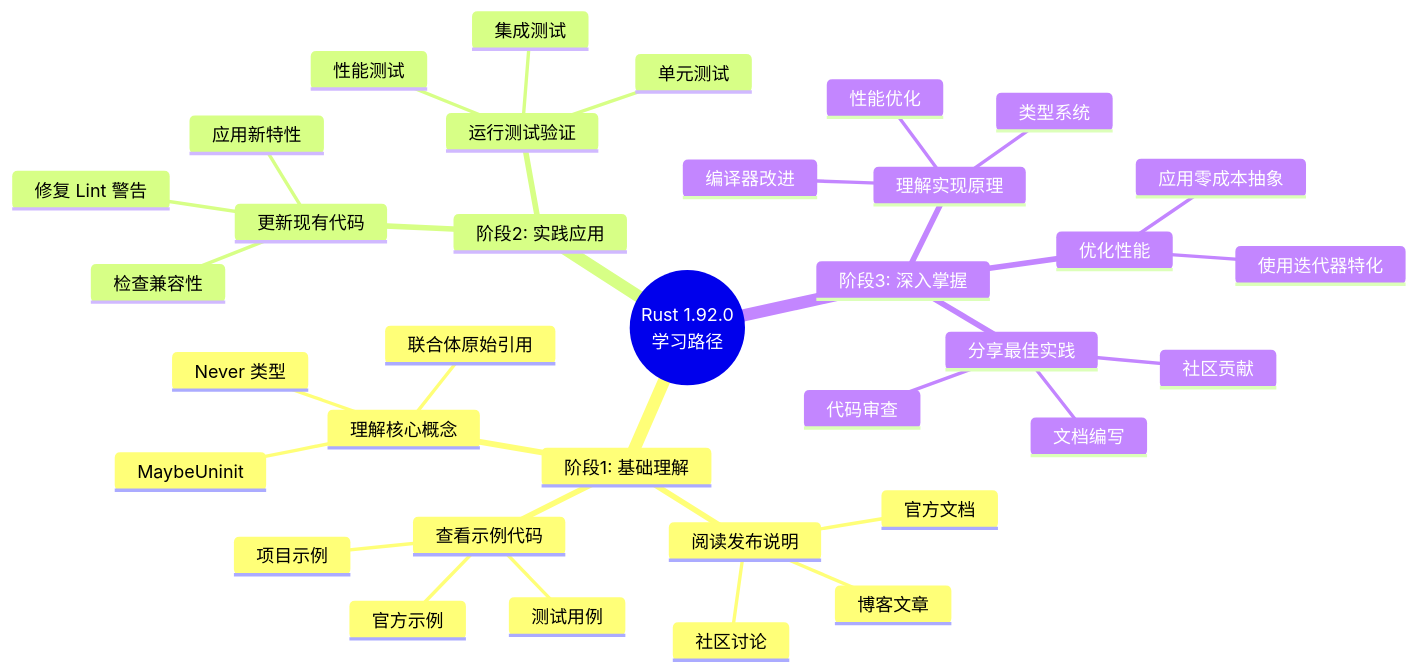
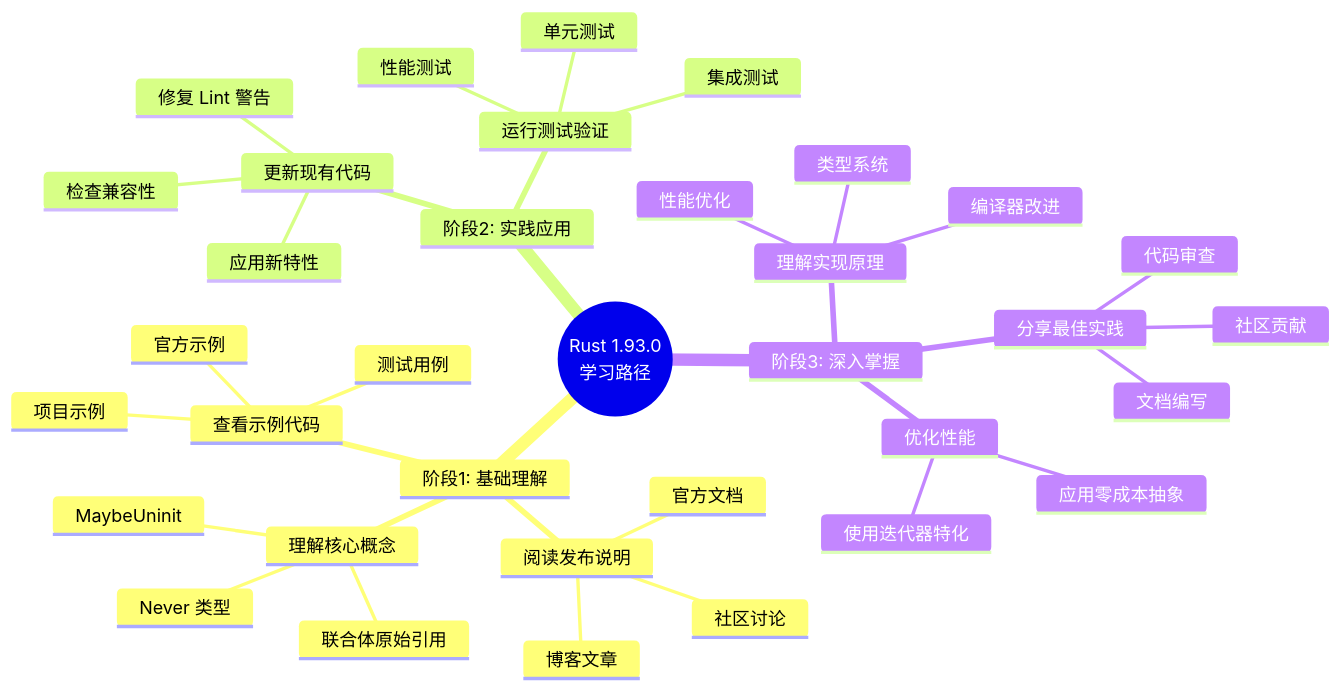
The third of 10 diagrams in docs/THINKING_REPRESENTATION_METHODS.md (martin-ly/rust-lang), drawn with Mermaid before and after one commit. The commit also changed other lines of this file and 274 other files, not shown here.

````diff
--- a/docs/THINKING_REPRESENTATION_METHODS.md
+++ b/docs/THINKING_REPRESENTATION_METHODS.md
@@ -176,38 +176,38 @@
 ```mermaid
 mindmap
-  root((Rust 1.92.0<br/>学习路径))
+  root((Rust 1.93.0<br/>学习路径))
     阶段1: 基础理解
       阅读发布说明
         官方文档
         博客文章
         社区讨论
       理解核心概念
         MaybeUninit
         联合体原始引用
         Never 类型
       查看示例代码
         官方示例
         项目示例
         测试用例
     阶段2: 实践应用
       更新现有代码
         检查兼容性
         应用新特性
         修复 Lint 警告
       运行测试验证
         单元测试
         集成测试
         性能测试
     阶段3: 深入掌握
       理解实现原理
         编译器改进
         类型系统
         性能优化
       优化性能
         使用迭代器特化
         应用零成本抽象
       分享最佳实践
         文档编写
         代码审查
         社区贡献
 ```
````
